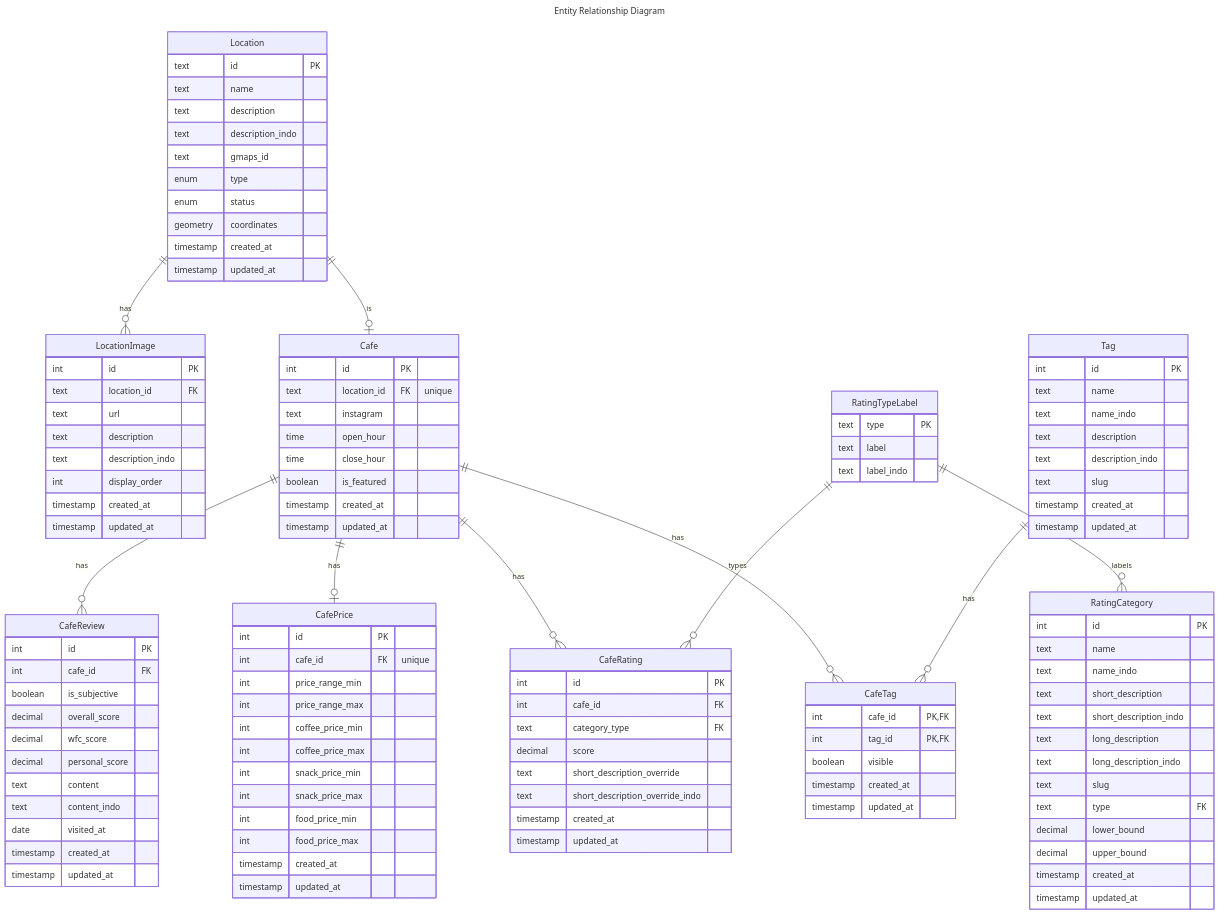
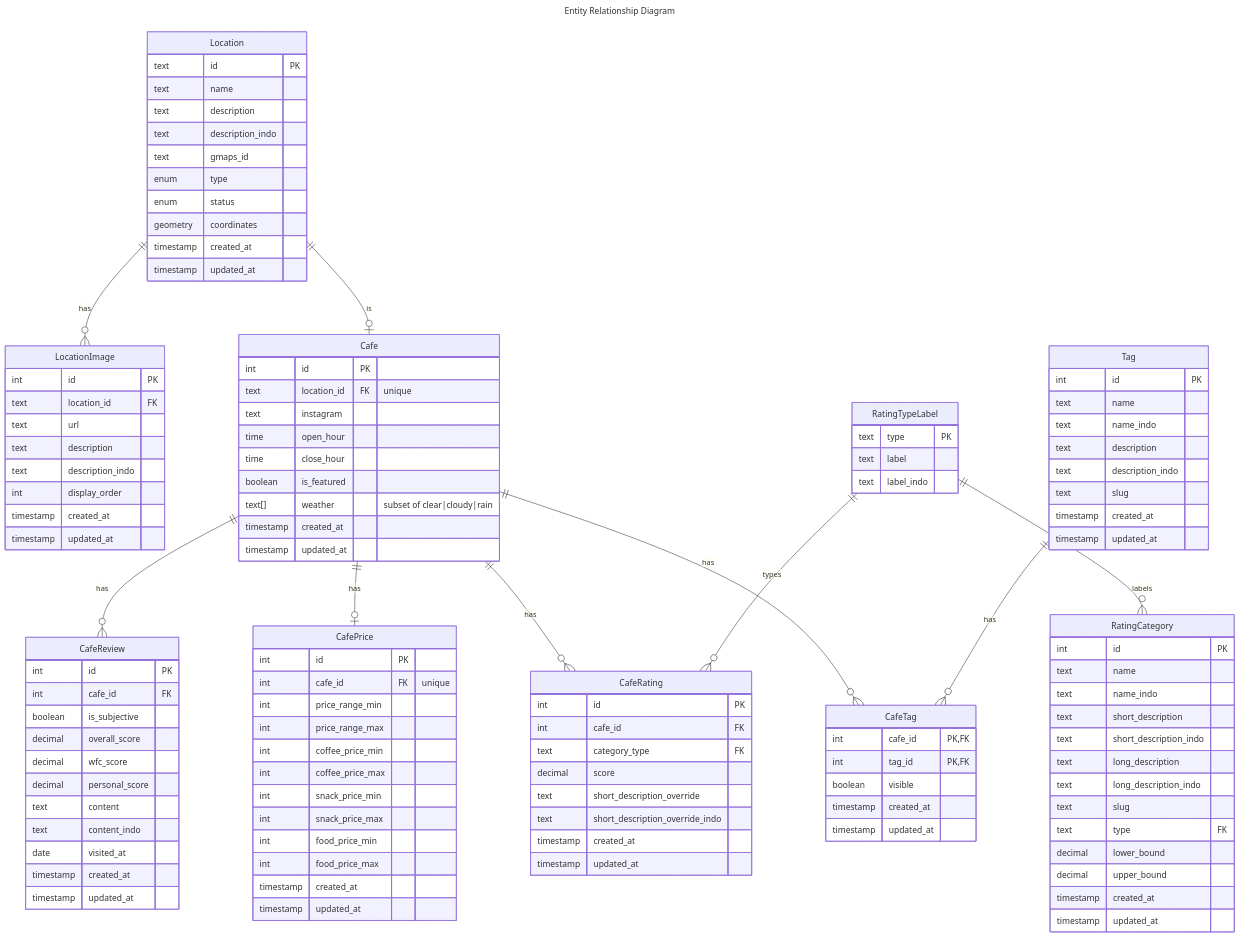
The diagram in docs/erd.mermaid (DTA32/bandung-coffeeshop-be), drawn with Mermaid before and after one commit. The commit also changed 2 other files, not shown here.

Commit message:
feat(cafe): [BCF-1] add admin-defined weather column to cafe

```diff
--- a/docs/erd.mermaid
+++ b/docs/erd.mermaid
@@ -1,133 +1,134 @@
 ---
 title: Entity Relationship Diagram
 ---
 
 erDiagram
     Location {
         text id PK
         text name
         text description
         text description_indo
         text gmaps_id
         enum type
         %%"cafe", "poi", "area", "district"%%
         enum status
         %%"active", "closed", "deleted"%%
         geometry coordinates
         timestamp created_at
         timestamp updated_at
     }
 
     LocationImage {
         int id PK
         text location_id FK
         text url
         text description
         text description_indo
         int display_order
         timestamp created_at
         timestamp updated_at
     }
 
     Cafe {
         int id PK
         text location_id FK "unique"
         text instagram
         time open_hour
         time close_hour
         boolean is_featured
+        text[] weather "subset of clear|cloudy|rain"
         timestamp created_at
         timestamp updated_at
     }
 
     CafeReview {
         int id PK
         int cafe_id FK
         boolean is_subjective
         decimal overall_score
         decimal wfc_score
         decimal personal_score
         text content
         text content_indo
         date visited_at
         timestamp created_at
         timestamp updated_at
     }
 
     Tag {
         int id PK
         text name
         text name_indo
         text description
         text description_indo
         text slug
         timestamp created_at
         timestamp updated_at
     }
 
     CafeTag {
         int cafe_id PK,FK
         int tag_id PK,FK
         boolean visible
         timestamp created_at
         timestamp updated_at
     }
 
     CafePrice {
         int id PK
         int cafe_id FK "unique"
         int price_range_min
         int price_range_max
         int coffee_price_min
         int coffee_price_max
         int snack_price_min
         int snack_price_max
         int food_price_min
         int food_price_max
         timestamp created_at
         timestamp updated_at
     }
 
     RatingTypeLabel {
         text type PK
         %%"price-rank", "vibe", "noise", "wifi", "meals", "atmosphere", "parking"%%
         text label
         text label_indo
     }
 
     RatingCategory {
         int id PK
         text name
         text name_indo
         text short_description
         text short_description_indo
         text long_description
         text long_description_indo
         text slug
         text type FK
         decimal lower_bound
         decimal upper_bound
         timestamp created_at
         timestamp updated_at
     }
 
     CafeRating {
         int id PK
         int cafe_id FK
         text category_type FK
         decimal score
         text short_description_override
         text short_description_override_indo
         timestamp created_at
         timestamp updated_at
     }
 
     Location ||--o| Cafe : "is"
     Location ||--o{ LocationImage : "has"
     Cafe ||--o{ CafeReview : "has"
     Cafe ||--o| CafePrice : "has"
     Cafe ||--o{ CafeRating : "has"
     Cafe ||--o{ CafeTag : "has"
     Tag ||--o{ CafeTag : "has"
     RatingTypeLabel ||--o{ RatingCategory : "labels"
     RatingTypeLabel ||--o{ CafeRating : "types"
```
